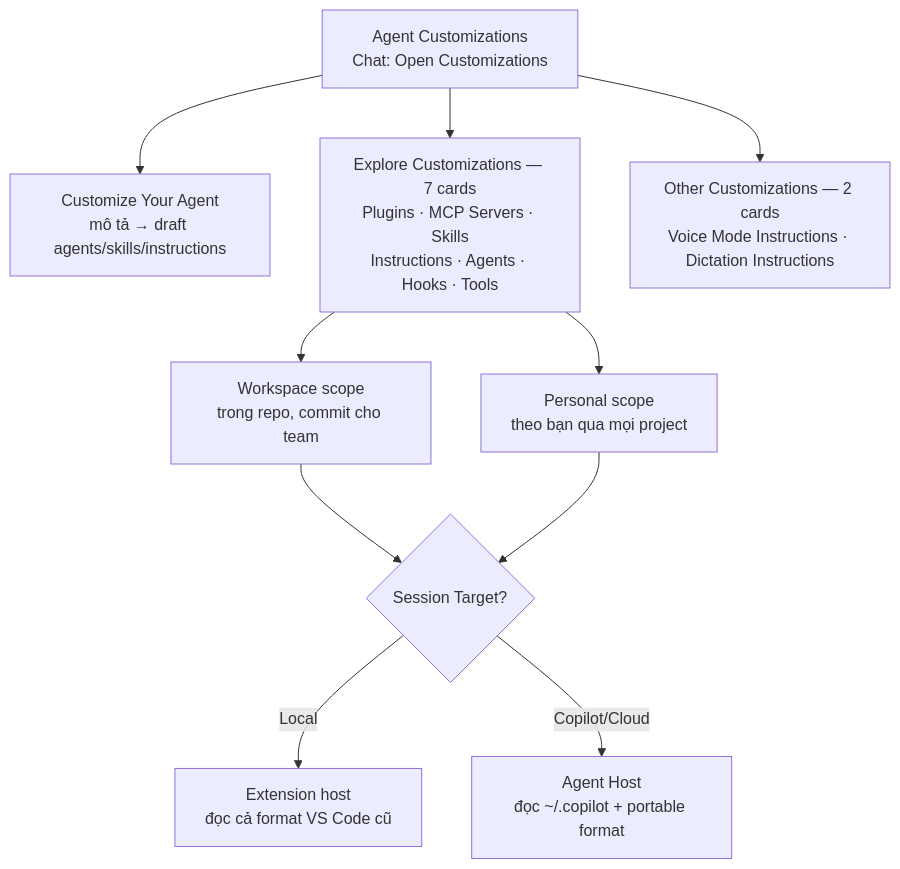
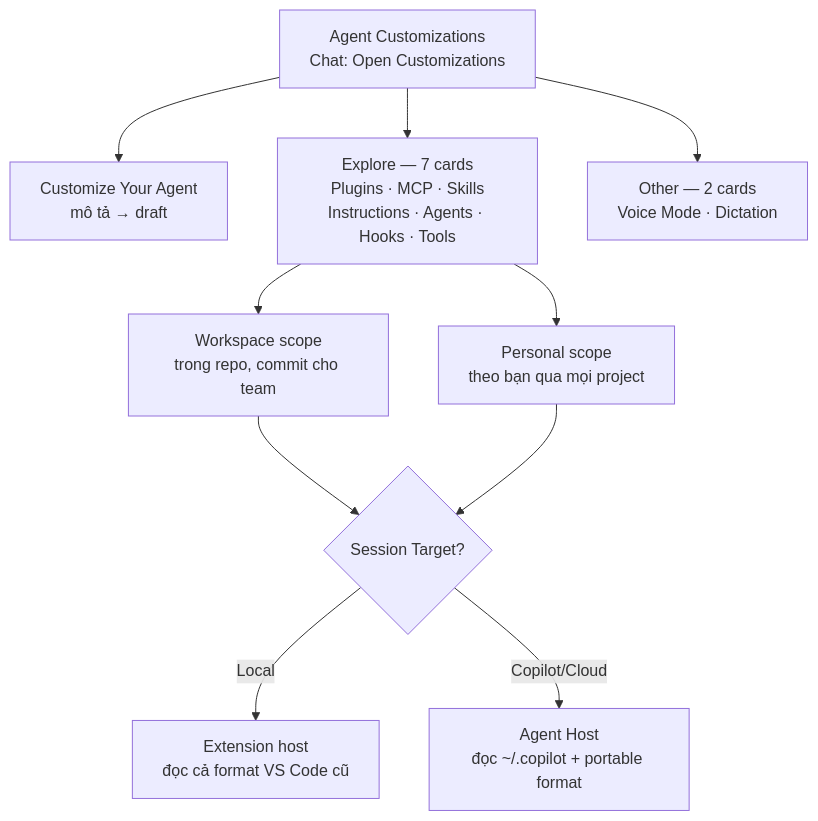
One commit to nbhson/tutorial-github-copilot changed the diagram in 01-huong-dan-su-dung/17-agent-customizations-hub.md. Above: the diagram before and after it, drawn with Mermaid. The commit also changed other lines of this file and 41 other files, not shown here.

````diff
--- a/01-huong-dan-su-dung/17-agent-customizations-hub.md
+++ b/01-huong-dan-su-dung/17-agent-customizations-hub.md
@@ -66,12 +27,12 @@
 ```mermaid
 flowchart TB
-  HUB[Agent Customizations<br/>Chat: Open Customizations] --> DRAFT[Customize Your Agent<br/>mô tả → draft agents/skills/instructions]
-  HUB --> EXP[Explore Customizations — 7 cards<br/>Plugins · MCP Servers · Skills<br/>Instructions · Agents · Hooks · Tools]
-  HUB --> OTH[Other Customizations — 2 cards<br/>Voice Mode Instructions · Dictation Instructions]
+  HUB[Agent Customizations<br/>Chat: Open Customizations] --> DRAFT[Customize Your Agent<br/>mô tả → draft]
+  HUB --> EXP[Explore — 7 cards<br/>Plugins · MCP · Skills<br/>Instructions · Agents · Hooks · Tools]
+  HUB --> OTH[Other — 2 cards<br/>Voice Mode · Dictation]
   EXP --> WS[Workspace scope<br/>trong repo, commit cho team]
   EXP --> PER[Personal scope<br/>theo bạn qua mọi project]
   WS --> HAR{Session Target?}
   PER --> HAR
   HAR -->|Local| L[Extension host<br/>đọc cả format VS Code cũ]
   HAR -->|Copilot/Cloud| A[Agent Host<br/>đọc ~/.copilot + portable format]
 ```
````
